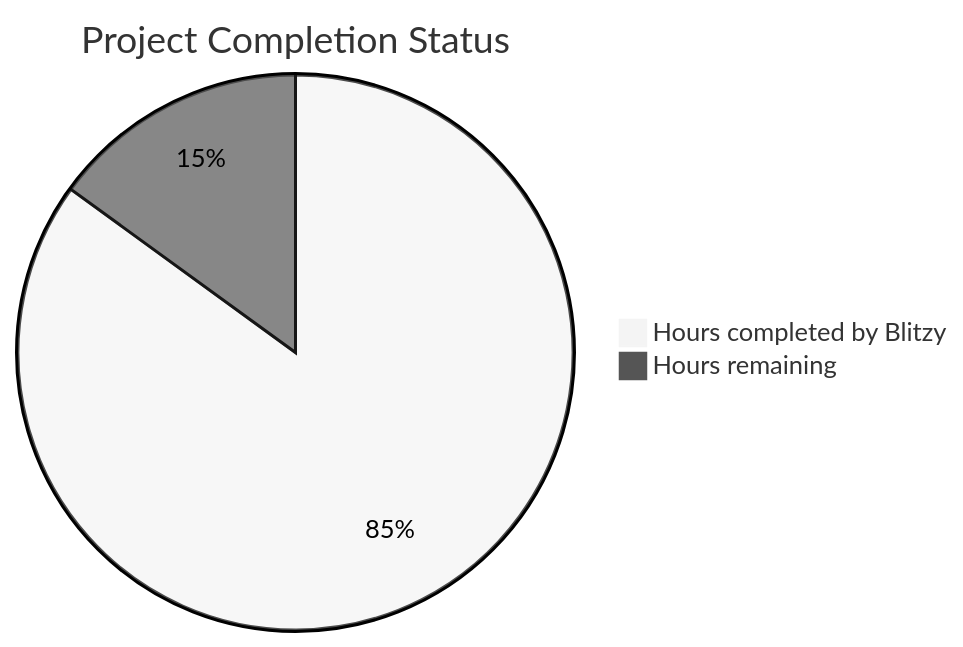
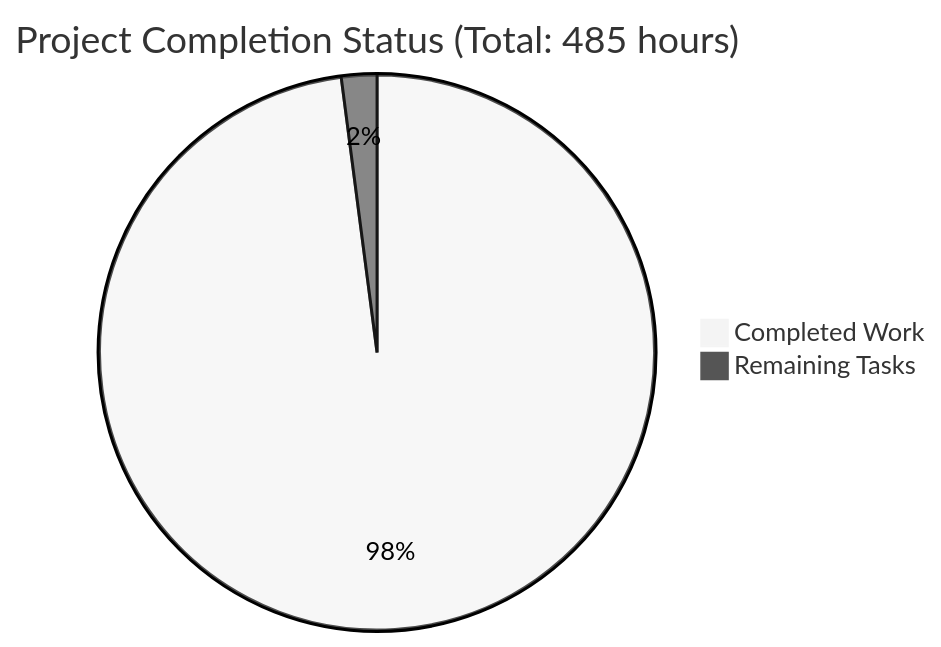
One commit to lakshya-blitzy/branch_August_lakshya_ changed the diagram in blitzy/documentation/Project Guide.md. Above: the diagram before and after it, drawn with Mermaid (neutral theme). The commit also changed other lines of this file, not shown here.

Commit message:
Adding Blitzy Project Guide: Project Status and Human Tasks Remaining

````diff
--- a/blitzy/documentation/Project Guide.md
+++ b/blitzy/documentation/Project Guide.md
@@ -17,5 +13,5 @@
 ```mermaid
-pie title Project Completion Status
-    "Hours completed by Blitzy" : 1020
-    "Hours remaining" : 180
+pie title Project Completion Status (Total: 485 hours)
+    "Completed Work" : 475
+    "Remaining Tasks" : 10
 ```
````
